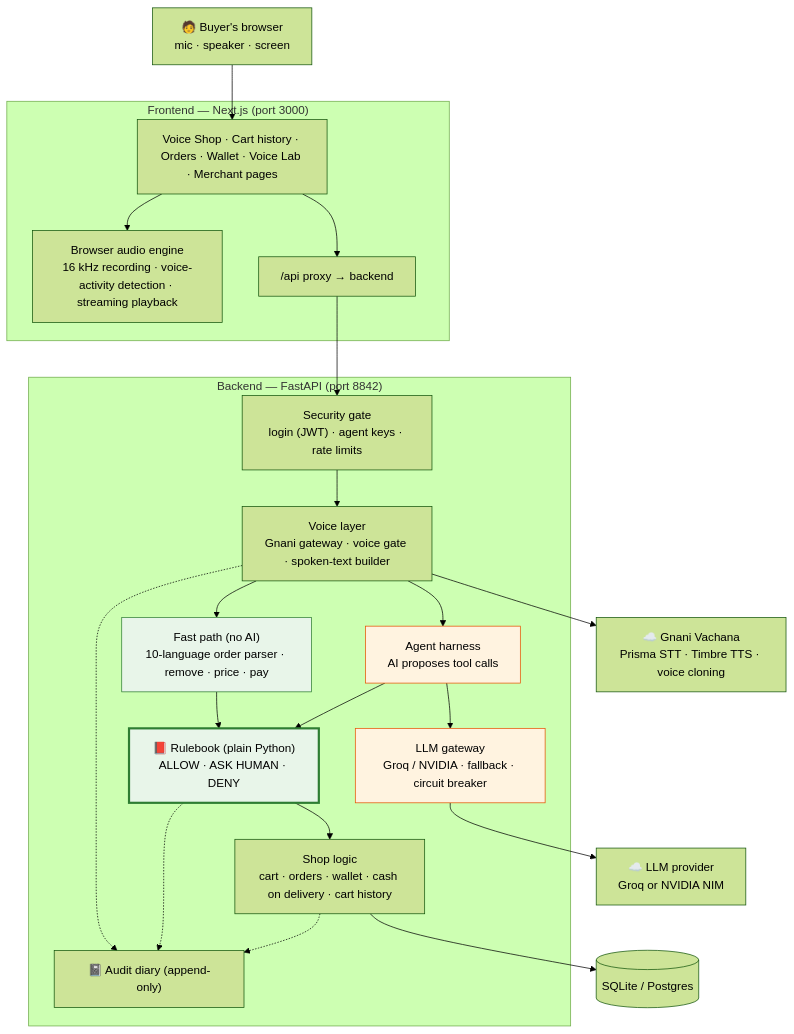
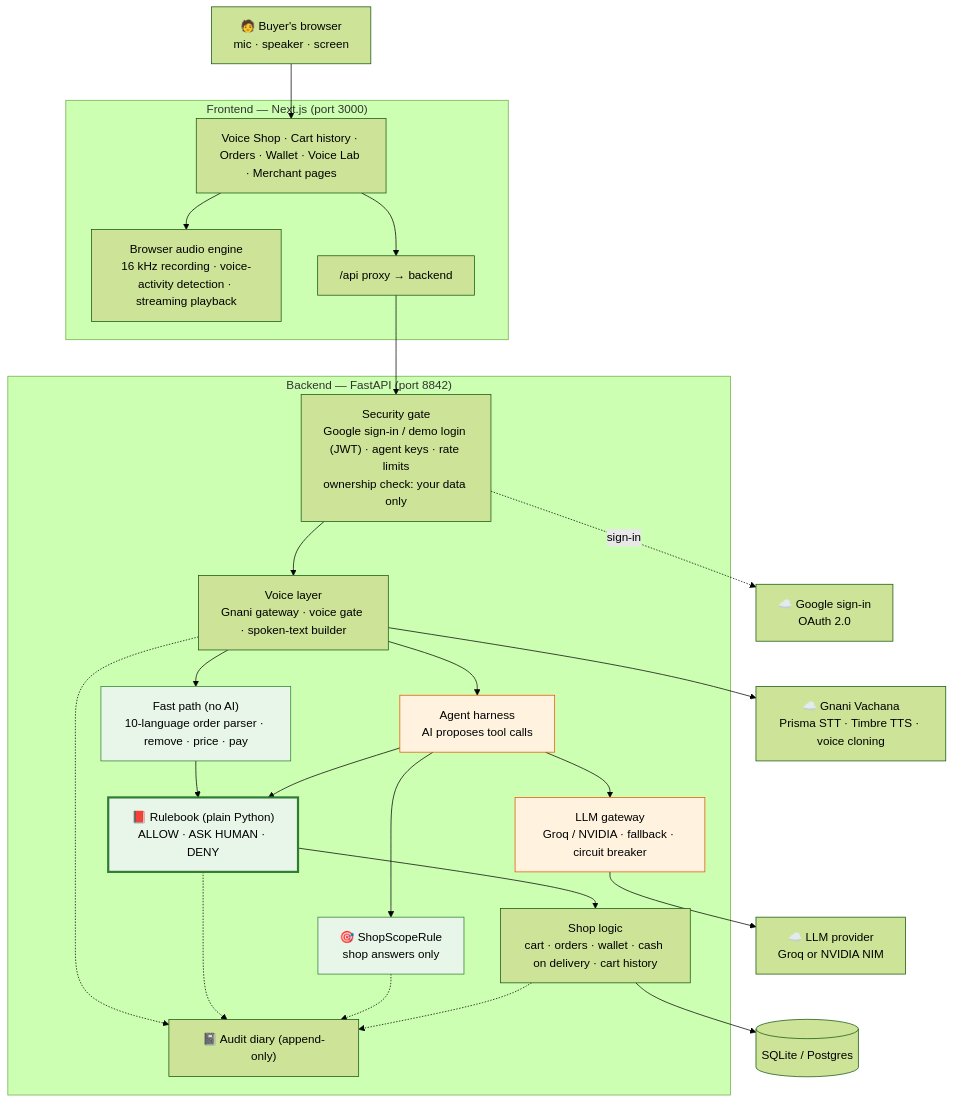
Before and after one commit to borrarevanth4-droid/gnani-shop: the first of 2 diagrams in README.md, drawn with Mermaid (forest theme). The commit also changed other lines of this file, not shown here.

Commit message:
README: Google sign-in, per-user privacy, ShopScopeRule, who-can-see-what

````diff
--- a/README.md
+++ b/README.md
@@ -67,43 +76,49 @@
 ```mermaid
 graph TD
     U["🧑 Buyer's browser<br/>mic · speaker · screen"]
 
     subgraph FE["Frontend — Next.js (port 3000)"]
         UI["Voice Shop · Cart history · Orders · Wallet · Voice Lab · Merchant pages"]
         AUD["Browser audio engine<br/>16 kHz recording · voice-activity detection · streaming playback"]
         PX["/api proxy → backend"]
     end
 
     subgraph BE["Backend — FastAPI (port 8842)"]
-        SEC["Security gate<br/>login (JWT) · agent keys · rate limits"]
+        SEC["Security gate<br/>Google sign-in / demo login (JWT) · agent keys · rate limits<br/>ownership check: your data only"]
         VL["Voice layer<br/>Gnani gateway · voice gate · spoken-text builder"]
         FP["Fast path (no AI)<br/>10-language order parser · remove · price · pay"]
         AG["Agent harness<br/>AI proposes tool calls"]
         LLM["LLM gateway<br/>Groq / NVIDIA · fallback · circuit breaker"]
+        SC["🎯 ShopScopeRule<br/>shop answers only"]
         RB["📕 Rulebook (plain Python)<br/>ALLOW · ASK HUMAN · DENY"]
         DOM["Shop logic<br/>cart · orders · wallet · cash on delivery · cart history"]
         AU["📓 Audit diary (append-only)"]
     end
 
     GN["☁️ Gnani Vachana<br/>Prisma STT · Timbre TTS · voice cloning"]
     AI["☁️ LLM provider<br/>Groq or NVIDIA NIM"]
+    GO["☁️ Google sign-in<br/>OAuth 2.0"]
     DB[("SQLite / Postgres")]
 
     U --> UI --> AUD
     UI --> PX --> SEC
+    SEC -. sign-in .-> GO
     SEC --> VL --> GN
     VL --> FP
     VL --> AG
     FP --> RB
     AG --> LLM --> AI
     AG --> RB
+    AG --> SC
     RB --> DOM --> DB
     VL -.-> AU
     RB -.-> AU
+    SC -.-> AU
     DOM -.-> AU
 
     style RB fill:#e8f5e9,stroke:#2e7d32,stroke-width:3px
+    style SC fill:#e8f5e9,stroke:#2e7d32
     style FP fill:#e8f5e9,stroke:#2e7d32
     style AG fill:#fff3e0,stroke:#e65100
     style LLM fill:#fff3e0,stroke:#e65100
 ```
````
